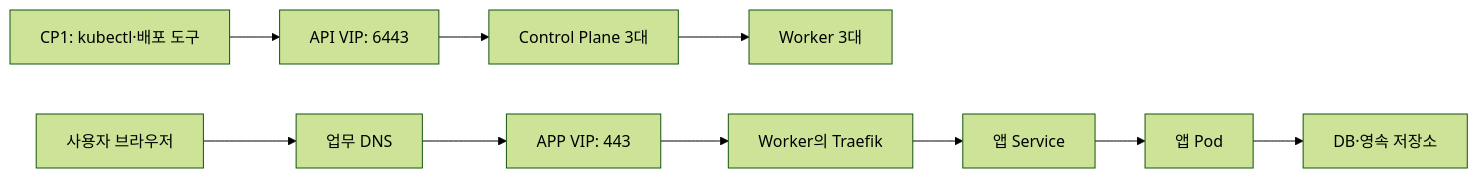
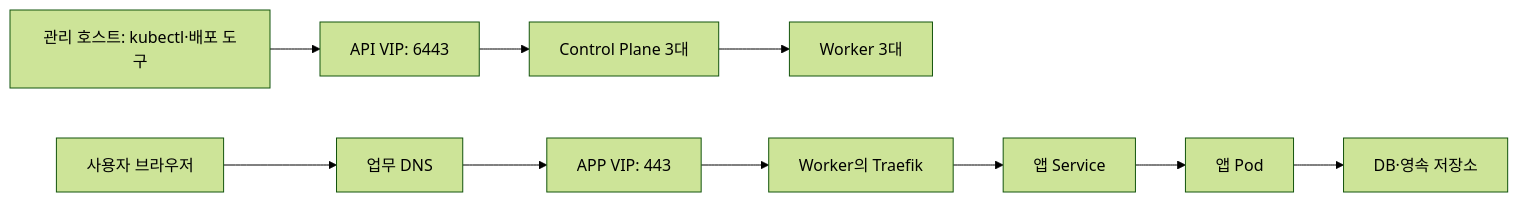
Before and after one commit to pjw7536/template2: the diagram in deploy/shared/docs/kubernetes/concepts.md, drawn with Mermaid (forest theme). The commit also changed 48 other files, not shown here.

````diff
--- a/deploy/shared/docs/kubernetes/concepts.md
+++ b/deploy/shared/docs/kubernetes/concepts.md
@@ -9,12 +9,12 @@
 ```mermaid
 flowchart LR
-    Admin[CP1: kubectl·배포 도구] --> API[API VIP: 6443]
+    Admin[관리 호스트: kubectl·배포 도구] --> API[API VIP: 6443]
     API --> CP[Control Plane 3대]
     CP --> Worker[Worker 3대]
     User[사용자 브라우저] --> DNS[업무 DNS]
     DNS --> VIP[APP VIP: 443]
     VIP --> Traefik[Worker의 Traefik]
     Traefik --> Service[앱 Service]
     Service --> Pod[앱 Pod]
     Pod --> Data[DB·영속 저장소]
 ```
````
